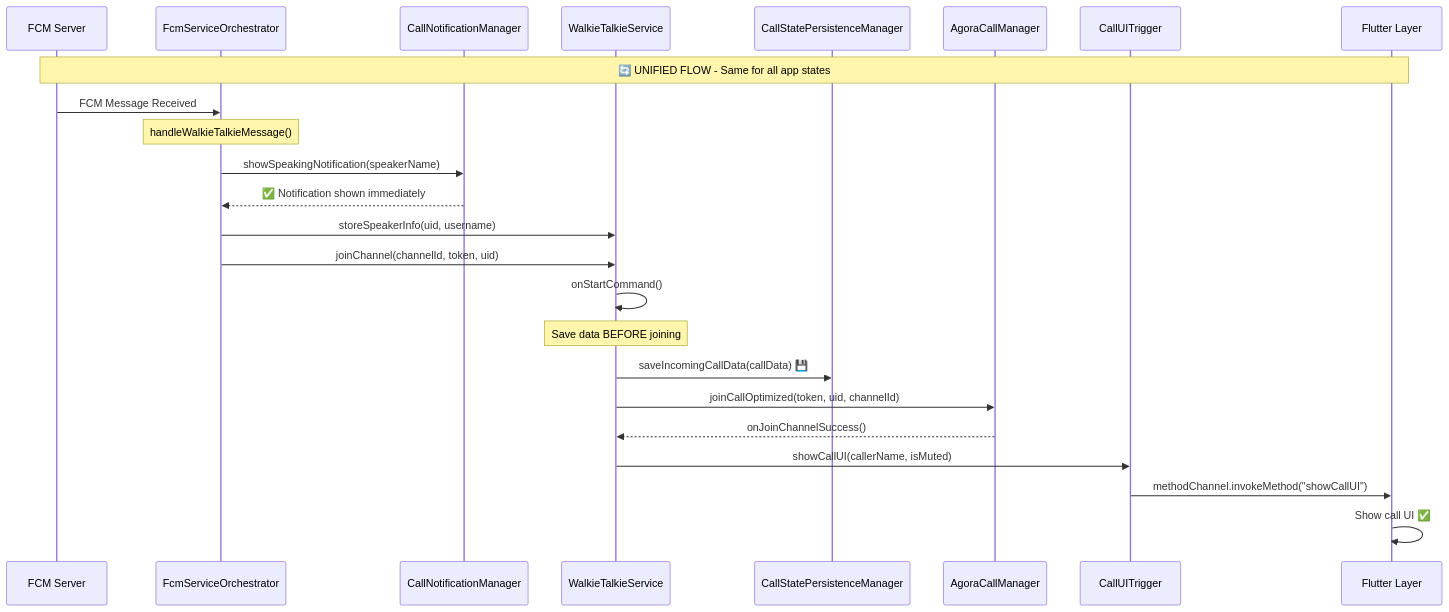
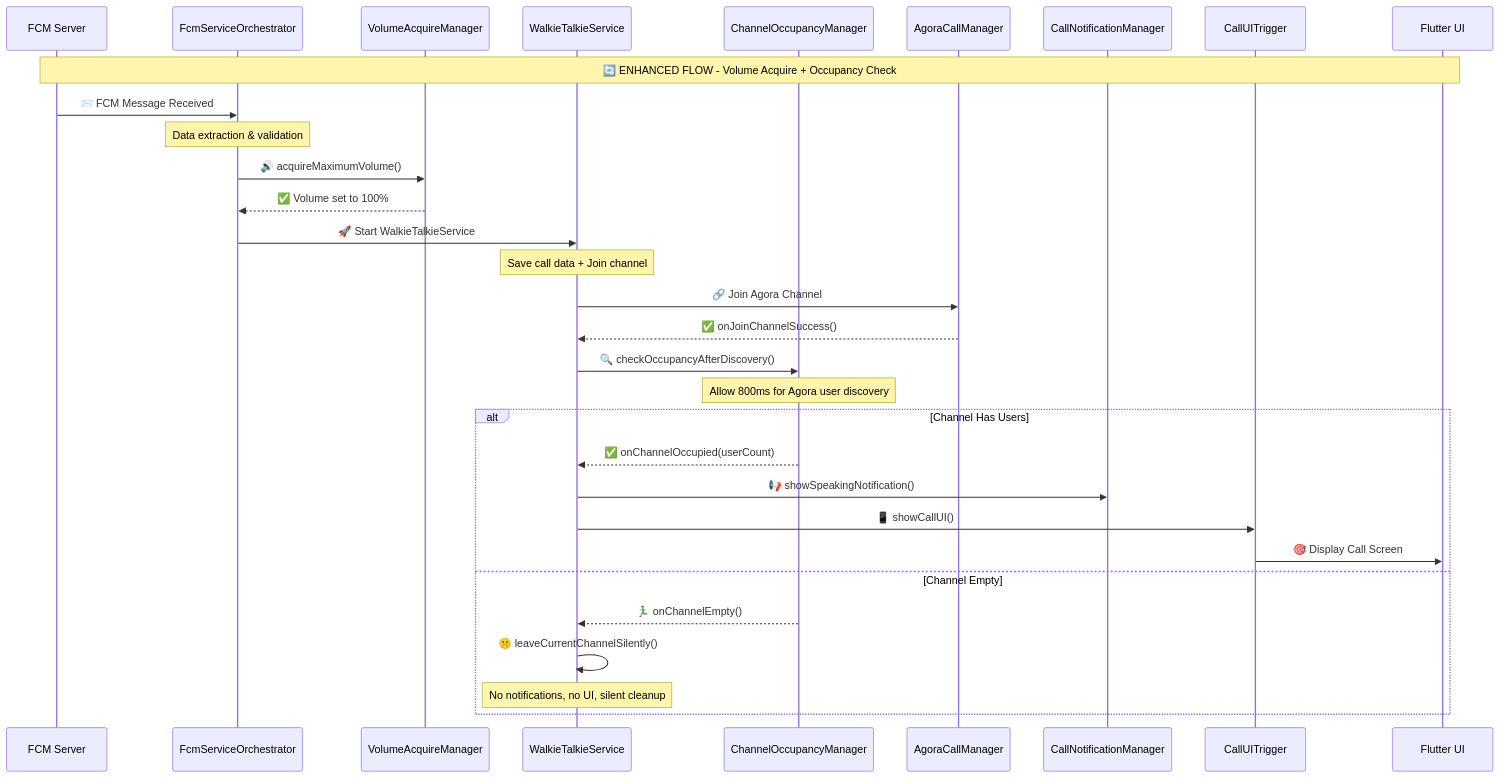
The second of 3 diagrams in docs/walkie-talkie/fcm-receiver-flow.md (DuckBuck-Studios/DuckBuck-AI-Walkie-Talkie), drawn with Mermaid before and after one commit. The commit also changed other lines of this file and 7 other files, not shown here.

Commit message:
added proper check to join channel

````diff
--- a/docs/walkie-talkie/fcm-receiver-flow.md
+++ b/docs/walkie-talkie/fcm-receiver-flow.md
@@ -75,33 +76,40 @@
 ```mermaid
 sequenceDiagram
     participant FCM as FCM Server
     participant Orchestrator as FcmServiceOrchestrator
+    participant Volume as VolumeAcquireManager
+    participant Service as WalkieTalkieService
+    participant Occupancy as ChannelOccupancyManager
+    participant Agora as AgoraCallManager
     participant NotificationMgr as CallNotificationManager
-    participant Service as WalkieTalkieService
-    participant Persistence as CallStatePersistenceManager
-    participant Lifecycle as AgoraCallManager
     participant UITrigger as CallUITrigger
-    participant Flutter as Flutter Layer
+    participant Flutter as Flutter UI
 
-    Note over FCM,Flutter: 🔄 UNIFIED FLOW - Same for all app states
+    Note over FCM,Flutter: 🔄 ENHANCED FLOW - Volume Acquire + Occupancy Check
     
-    FCM->>Orchestrator: FCM Message Received
-    Note over Orchestrator: handleWalkieTalkieMessage()
+    FCM->>Orchestrator: 📨 FCM Message Received
+    Note over Orchestrator: Data extraction & validation
     
-    Orchestrator->>NotificationMgr: showSpeakingNotification(speakerName)
-    NotificationMgr-->>Orchestrator: ✅ Notification shown immediately
+    Orchestrator->>Volume: 🔊 acquireMaximumVolume() 
+    Volume-->>Orchestrator: ✅ Volume set to 100%
     
-    Orchestrator->>Service: storeSpeakerInfo(uid, username)
-    Orchestrator->>Service: joinChannel(channelId, token, uid)
+    Orchestrator->>Service: 🚀 Start WalkieTalkieService
+    Note over Service: Save call data + Join channel
     
-    Service->>Service: onStartCommand()
-    Note over Service: Save data BEFORE joining
-    Service->>Persistence: saveIncomingCallData(callData) 💾
+    Service->>Agora: 🔗 Join Agora Channel
+    Agora-->>Service: ✅ onJoinChannelSuccess()
     
-    Service->>Lifecycle: joinCallOptimized(token, uid, channelId)
-    Lifecycle-->>Service: onJoinChannelSuccess()
+    Service->>Occupancy: 🔍 checkOccupancyAfterDiscovery()
+    Note over Occupancy: Allow 800ms for Agora user discovery
     
-    Service->>UITrigger: showCallUI(callerName, isMuted)
-    UITrigger->>Flutter: methodChannel.invokeMethod("showCallUI")
-    Flutter->>Flutter: Show call UI ✅
+    alt Channel Has Users
+        Occupancy-->>Service: ✅ onChannelOccupied(userCount)
+        Service->>NotificationMgr: 📢 showSpeakingNotification()
+        Service->>UITrigger: 📱 showCallUI()
+        UITrigger->>Flutter: 🎯 Display Call Screen
+    else Channel Empty
+        Occupancy-->>Service: 🏃‍♂️ onChannelEmpty()
+        Service->>Service: 🤫 leaveCurrentChannelSilently()
+        Note over Service: No notifications, no UI, silent cleanup
+    end
 ```
````
